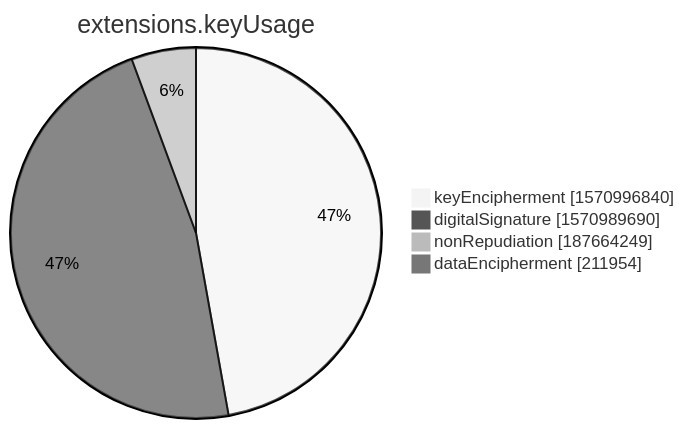
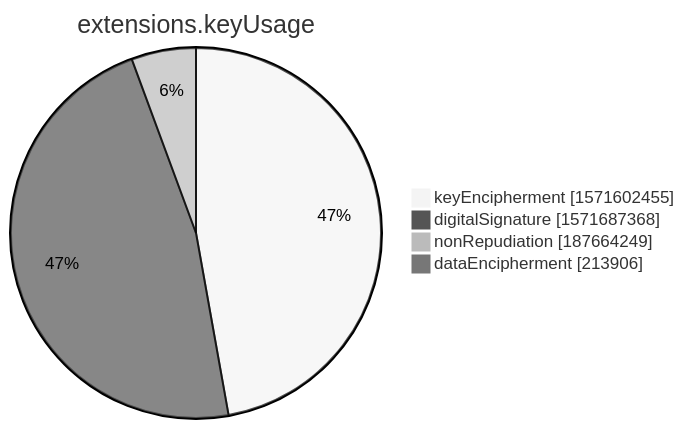
The seventh of 15 diagrams in xenon2022/README.md (christiankrug/ctmonitor_visualization), drawn with Mermaid (neutral theme) before and after one commit. The commit also changed other lines of this file, not shown here.

````diff
--- a/xenon2022/README.md
+++ b/xenon2022/README.md
@@ -2853,8 +2853,8 @@
 ```mermaid
 pie showData
 title extensions.keyUsage
-"keyEncipherment" :1570996840
-"digitalSignature" :1570989690
+"keyEncipherment" :1571602455
+"digitalSignature" :1571687368
 "nonRepudiation" :187664249
-"dataEncipherment" :211954
+"dataEncipherment" :213906
 ```
````
